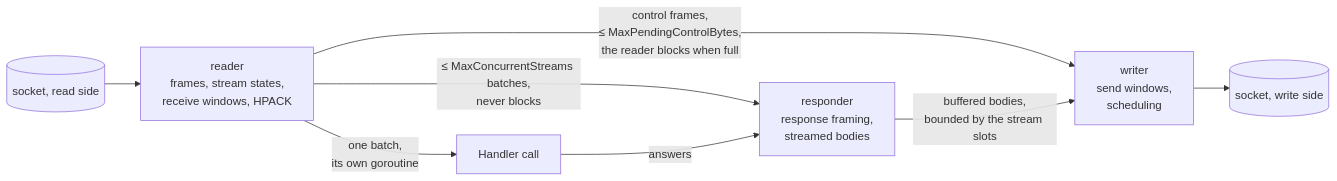
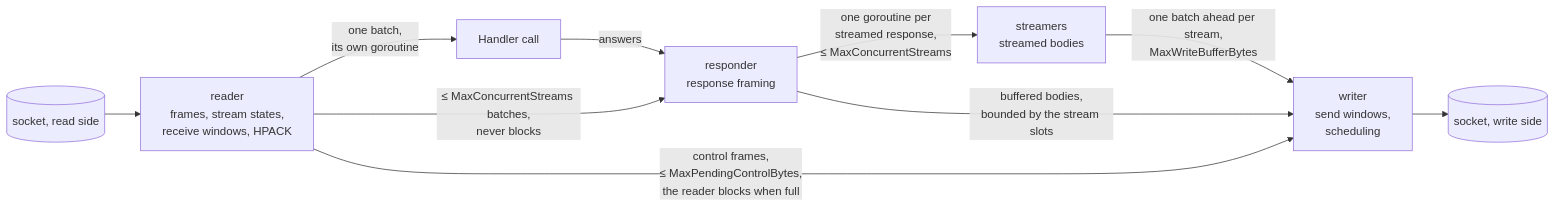
Before and after one commit to mlagarrigue/sluice: the diagram in docs/design/adr/0008-multiplexed-connection.md, drawn with Mermaid. The commit also changed other lines of this file and 12 other files, not shown here.

Commit message:
fix(httpstream): a streamed h2 response holds no other, ADR 0008

````diff
--- a/docs/design/adr/0008-multiplexed-connection.md
+++ b/docs/design/adr/0008-multiplexed-connection.md
@@ -62,10 +64,12 @@
 ```mermaid
 flowchart LR
     IN[(socket, read side)] --> R[reader<br/>frames, stream states,<br/>receive windows, HPACK]
     R -- "one batch,<br/>its own goroutine" --> H[Handler call]
-    R -- "≤ MaxConcurrentStreams batches,<br/>never blocks" --> P[responder<br/>response framing,<br/>streamed bodies]
+    R -- "≤ MaxConcurrentStreams batches,<br/>never blocks" --> P[responder<br/>response framing]
     H -- answers --> P
+    P -- "one goroutine per<br/>streamed response,<br/>≤ MaxConcurrentStreams" --> S[streamers<br/>streamed bodies]
+    S -- "one batch ahead per stream,<br/>MaxWriteBufferBytes" --> W
     R -- "control frames,<br/>≤ MaxPendingControlBytes,<br/>the reader blocks when full" --> W[writer<br/>send windows,<br/>scheduling]
     P -- "buffered bodies,<br/>bounded by the stream slots" --> W
     W --> OUT[(socket, write side)]
 ```
````
